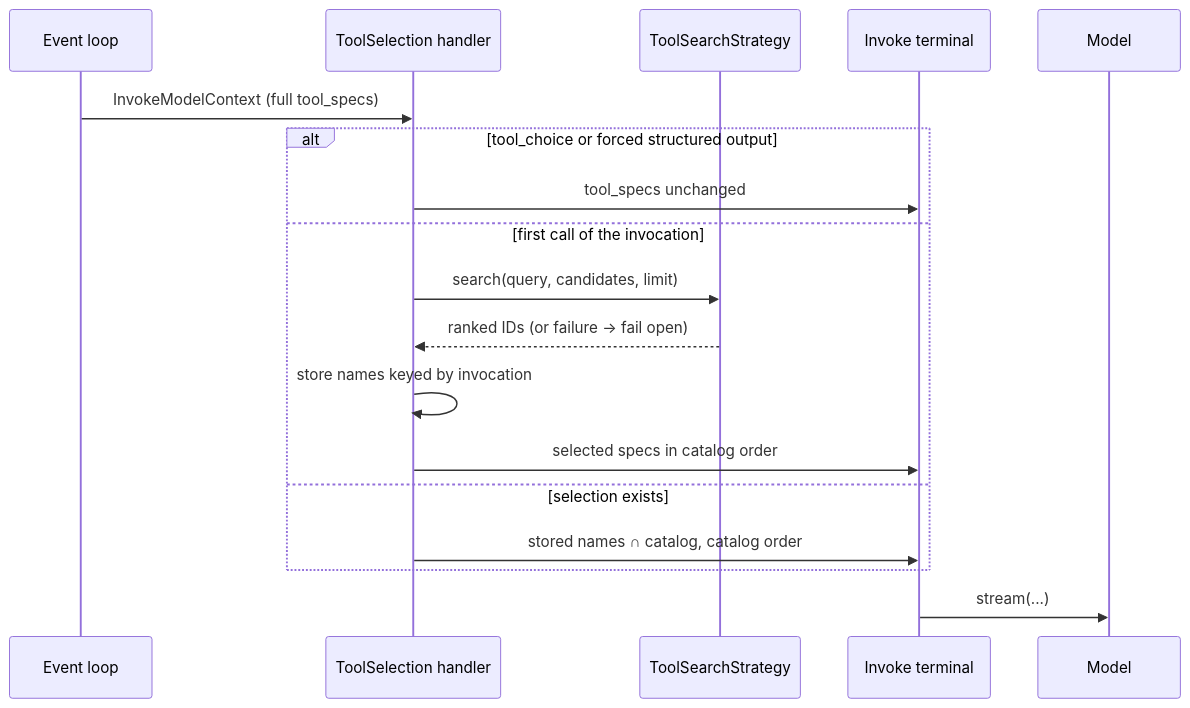
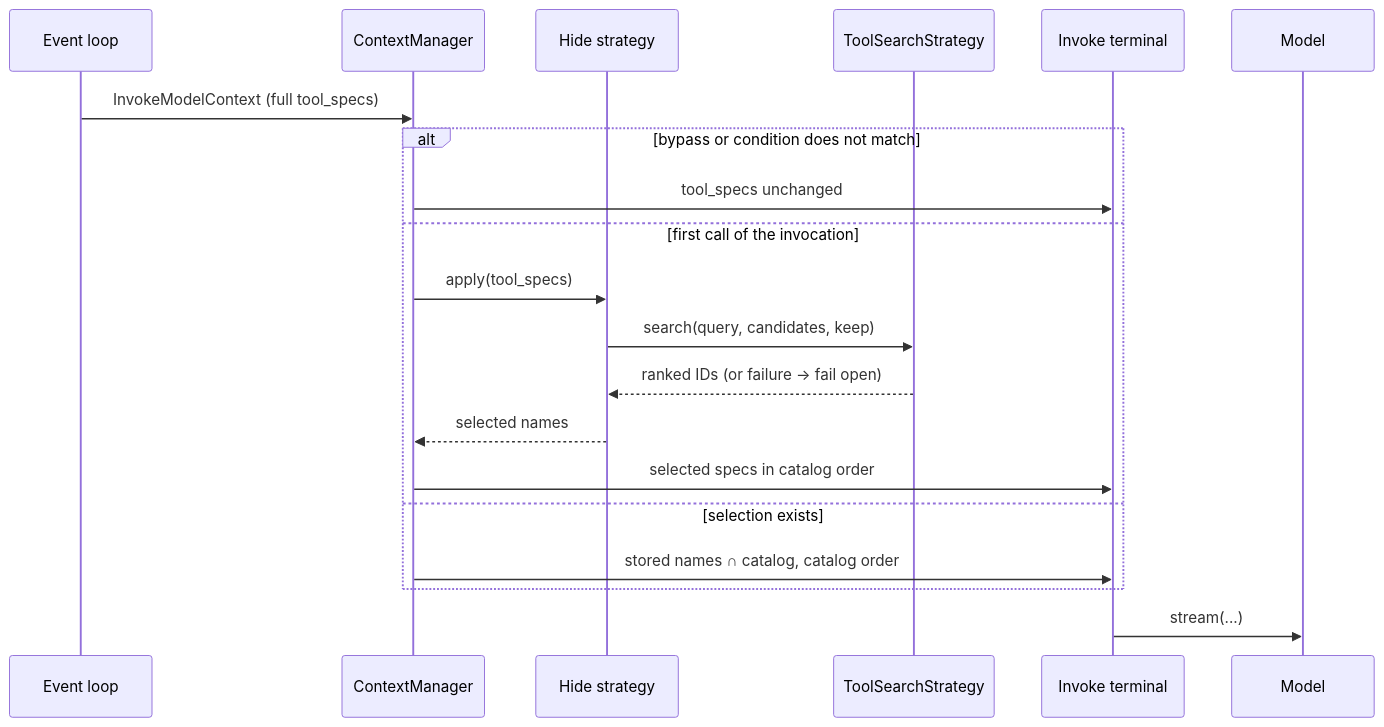
The diagram in team/designs/0018-tool-selection.md (JackYPCOnline/harness-sdk), drawn with Mermaid before and after one commit. The commit also changed other lines of this file, not shown here.

First line of the commit message:
docs(design): Align tool selection with Hide

````diff
--- a/team/designs/0018-tool-selection.md
+++ b/team/designs/0018-tool-selection.md
@@ -75,21 +75,23 @@
 ```mermaid
 sequenceDiagram
     participant EL as Event loop
-    participant H as ToolSelection handler
+    participant CM as ContextManager
+    participant H as Hide strategy
     participant S as ToolSearchStrategy
     participant T as Invoke terminal
     participant M as Model
 
-    EL->>H: InvokeModelContext (full tool_specs)
-    alt tool_choice or forced structured output
-        H->>T: tool_specs unchanged
+    EL->>CM: InvokeModelContext (full tool_specs)
+    alt bypass or condition does not match
+        CM->>T: tool_specs unchanged
     else first call of the invocation
-        H->>S: search(query, candidates, limit)
+        CM->>H: apply(tool_specs)
+        H->>S: search(query, candidates, keep)
         S-->>H: ranked IDs (or failure → fail open)
-        H->>H: store names keyed by invocation
-        H->>T: selected specs in catalog order
+        H-->>CM: selected names
+        CM->>T: selected specs in catalog order
     else selection exists
-        H->>T: stored names ∩ catalog, catalog order
+        CM->>T: stored names ∩ catalog, catalog order
     end
     T->>M: stream(...)
 ```
````
